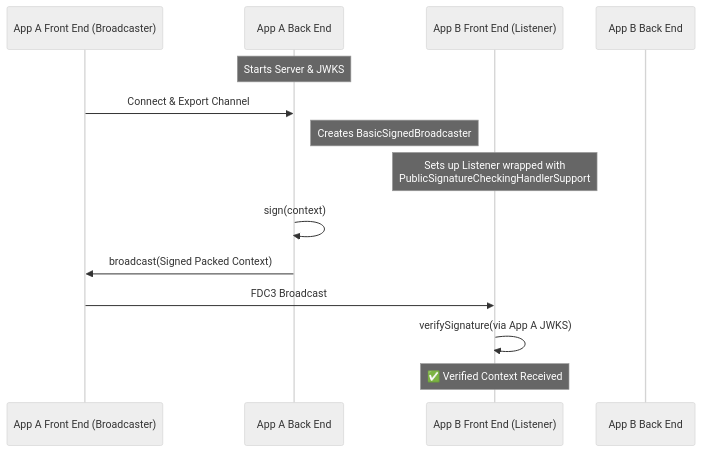
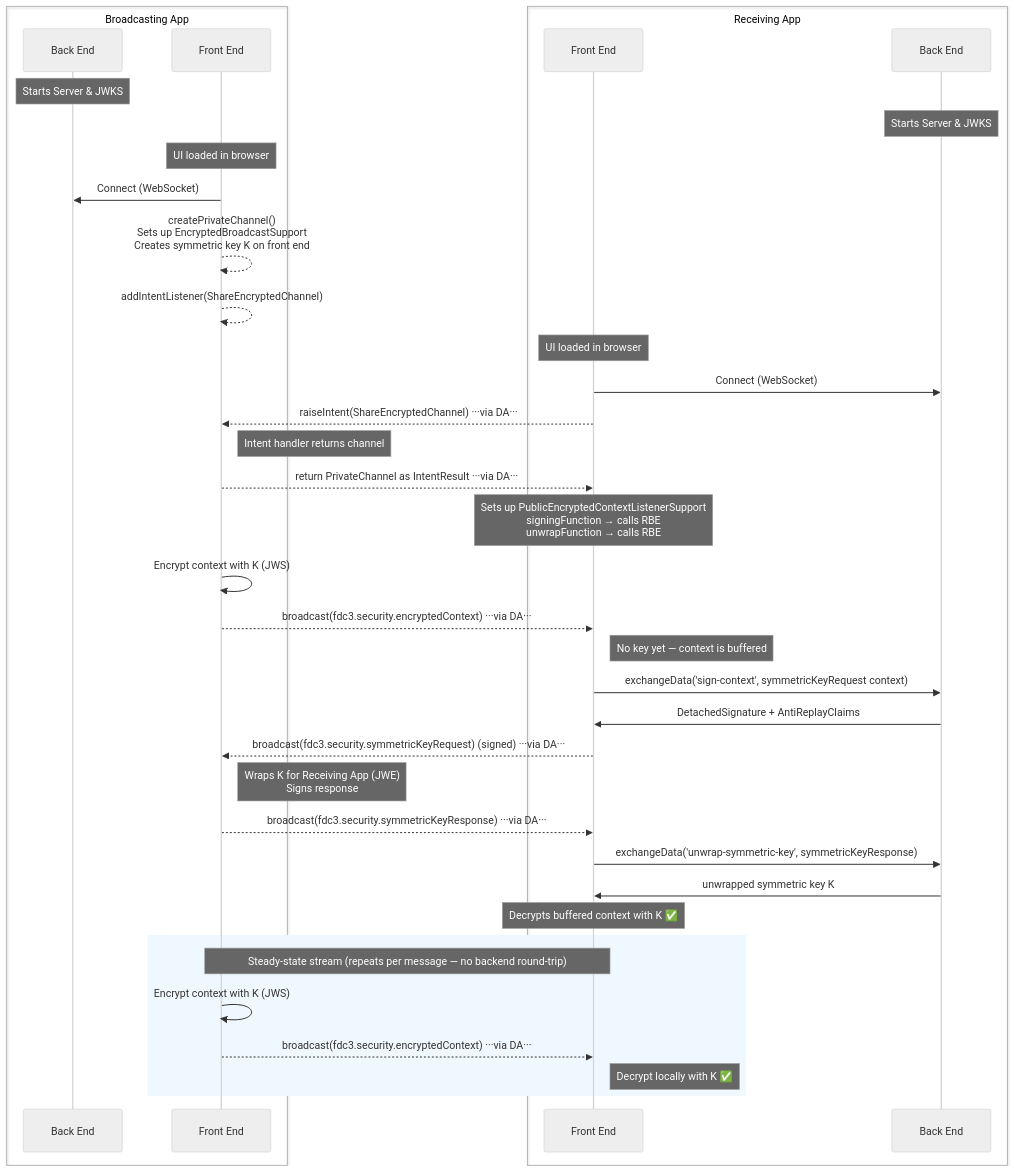
One commit to finos/FDC3 changed the third of 5 diagrams in packages/fdc3-security/samples/README.md. Above: the diagram before and after it, drawn with Mermaid (neutral theme). The commit also changed other lines of this file and 76 other files, not shown here.

````diff
--- a/packages/fdc3-security/samples/README.md
+++ b/packages/fdc3-security/samples/README.md
@@ -85,20 +150,48 @@
 ```mermaid
 sequenceDiagram
-    participant AFE as App A Front End (Broadcaster)
-    participant ABE as App A Back End
-    participant BFE as App B Front End (Listener)
-    participant BBE as App B Back End
+    box Broadcasting App
+        participant BBE as Back End
+        participant BFE as Front End
+    end
+    box Receiving App
+        participant RFE as Front End
+        participant RBE as Back End
+    end
 
-    Note over ABE: Starts Server & JWKS
-    AFE->>ABE: Connect & Export Channel
-    Note right of ABE: Creates BasicSignedBroadcaster
-    
-    Note over BFE: Sets up Listener wrapped with<br/>PublicSignatureCheckingHandlerSupport
-    
-    ABE->>ABE: sign(context)
-    ABE->>AFE: broadcast(Signed Packed Context)
-    AFE->>BFE: FDC3 Broadcast
-    
-    BFE->>BFE: verifySignature(via App A JWKS)
-    Note over BFE: ✅ Verified Context Received
+    Note over BBE: Starts Server & JWKS
+    Note over RBE: Starts Server & JWKS
+
+    Note over BFE: UI loaded in browser
+    BFE->>BBE: Connect (WebSocket)
+    BFE-->>BFE: createPrivateChannel()<br/>Sets up EncryptedBroadcastSupport<br/>Creates symmetric key K on front end
+    BFE-->>BFE: addIntentListener(ShareEncryptedChannel)
+
+    Note over RFE: UI loaded in browser
+    RFE->>RBE: Connect (WebSocket)
+    RFE-->>BFE: raiseIntent(ShareEncryptedChannel) ···via DA···
+    Note right of BFE: Intent handler returns channel
+    BFE-->>RFE: return PrivateChannel as IntentResult ···via DA···
+
+    Note over RFE: Sets up PublicEncryptedContextListenerSupport<br/>signingFunction → calls RBE<br/>unwrapFunction → calls RBE
+
+    BFE->>BFE: Encrypt context with K (JWS)
+    BFE-->>RFE: broadcast(fdc3.security.encryptedContext) ···via DA···
+    Note right of RFE: No key yet — context is buffered
+
+    RFE->>RBE: exchangeData('sign-context', symmetricKeyRequest context)
+    RBE->>RFE: DetachedSignature + AntiReplayClaims
+    RFE-->>BFE: broadcast(fdc3.security.symmetricKeyRequest) (signed) ···via DA···
+    Note right of BFE: Wraps K for Receiving App (JWE)<br/>Signs response
+    BFE-->>RFE: broadcast(fdc3.security.symmetricKeyResponse) ···via DA···
+
+    RFE->>RBE: exchangeData('unwrap-symmetric-key', symmetricKeyResponse)
+    RBE->>RFE: unwrapped symmetric key K
+    Note over RFE: Decrypts buffered context with K ✅
+
+    rect rgb(240, 248, 255)
+    Note over BFE,RFE: Steady-state stream (repeats per message — no backend round-trip)
+    BFE->>BFE: Encrypt context with K (JWS)
+    BFE-->>RFE: broadcast(fdc3.security.encryptedContext) ···via DA···
+    Note right of RFE: Decrypt locally with K ✅
+    end
 ```
````
